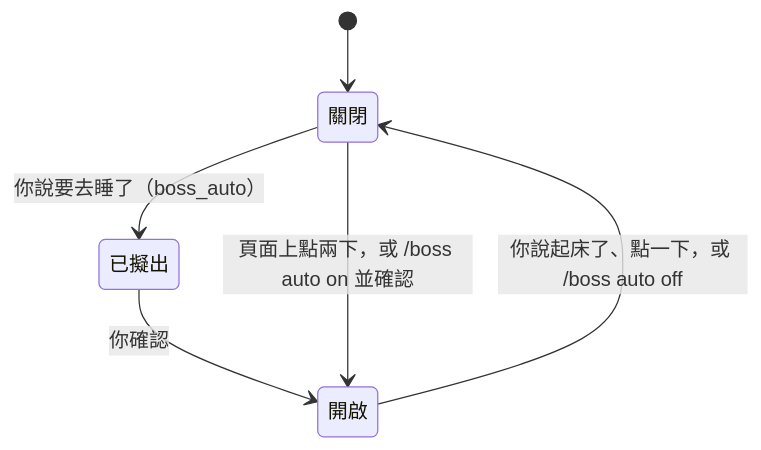
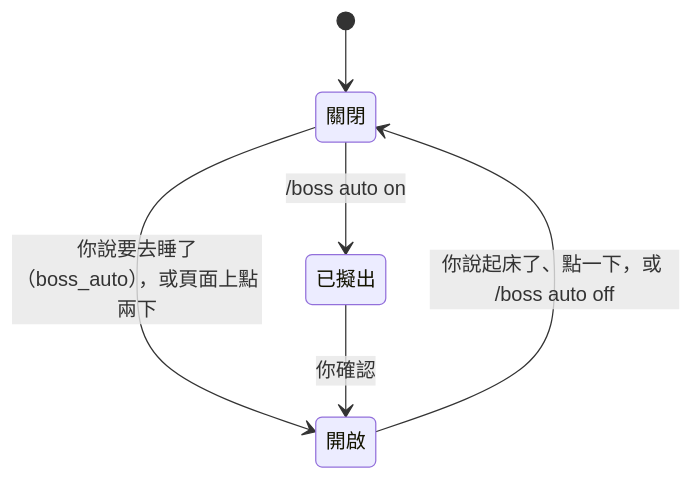
Before and after one commit to wayne930242/pi-straw-boss: the diagram in site/src/content/docs/zh-tw/guide/auto-mode.md, drawn with Mermaid. The commit also changed other lines of this file and 12 other files, not shown here.

````diff
--- a/site/src/content/docs/zh-tw/guide/auto-mode.md
+++ b/site/src/content/docs/zh-tw/guide/auto-mode.md
@@ -12,8 +12,8 @@
 ```mermaid
 stateDiagram-v2
   [*] --> 關閉
-  關閉 --> 已擬出: 你說要去睡了（boss_auto）
+  關閉 --> 開啟: 你說要去睡了（boss_auto），或頁面上點兩下
+  關閉 --> 已擬出: /boss auto on
   已擬出 --> 開啟: 你確認
-  關閉 --> 開啟: 頁面上點兩下，或 /boss auto on 並確認
   開啟 --> 關閉: 你說起床了、點一下，或 /boss auto off
 ```
````
